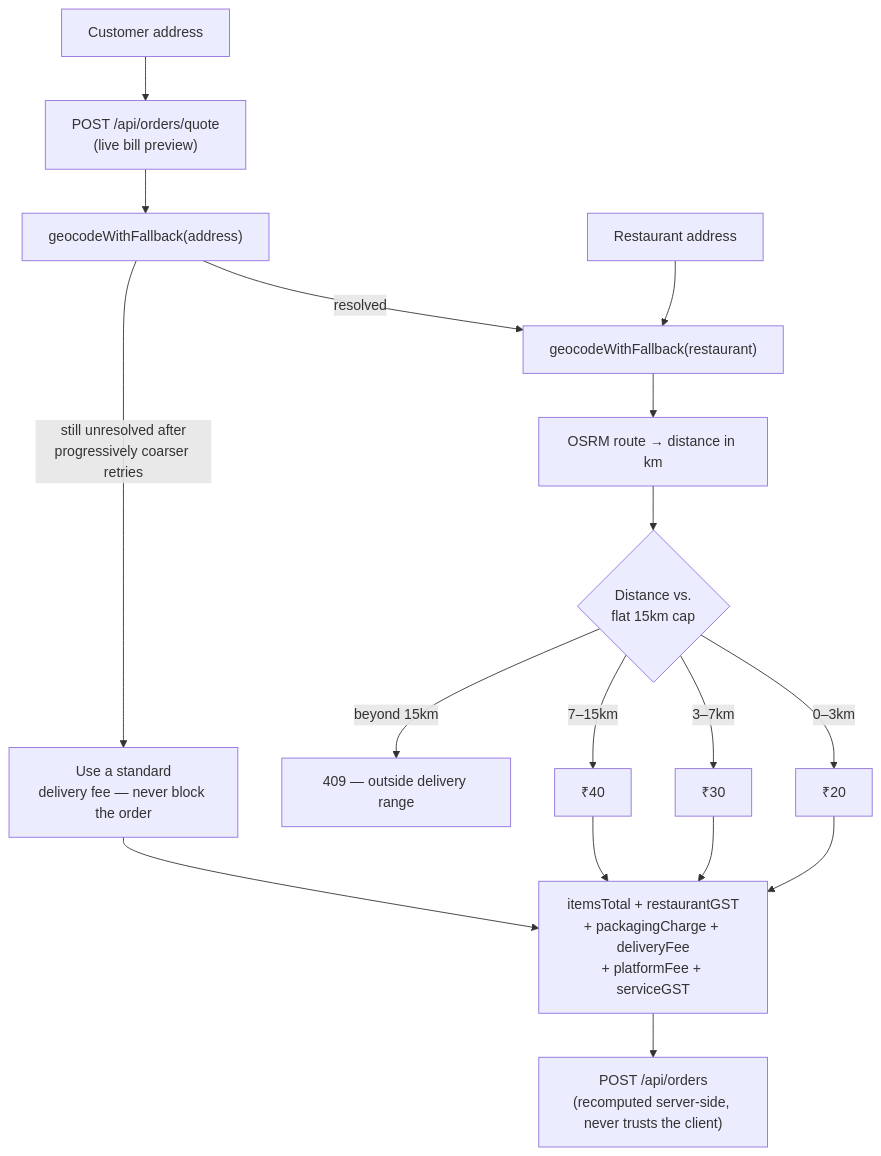
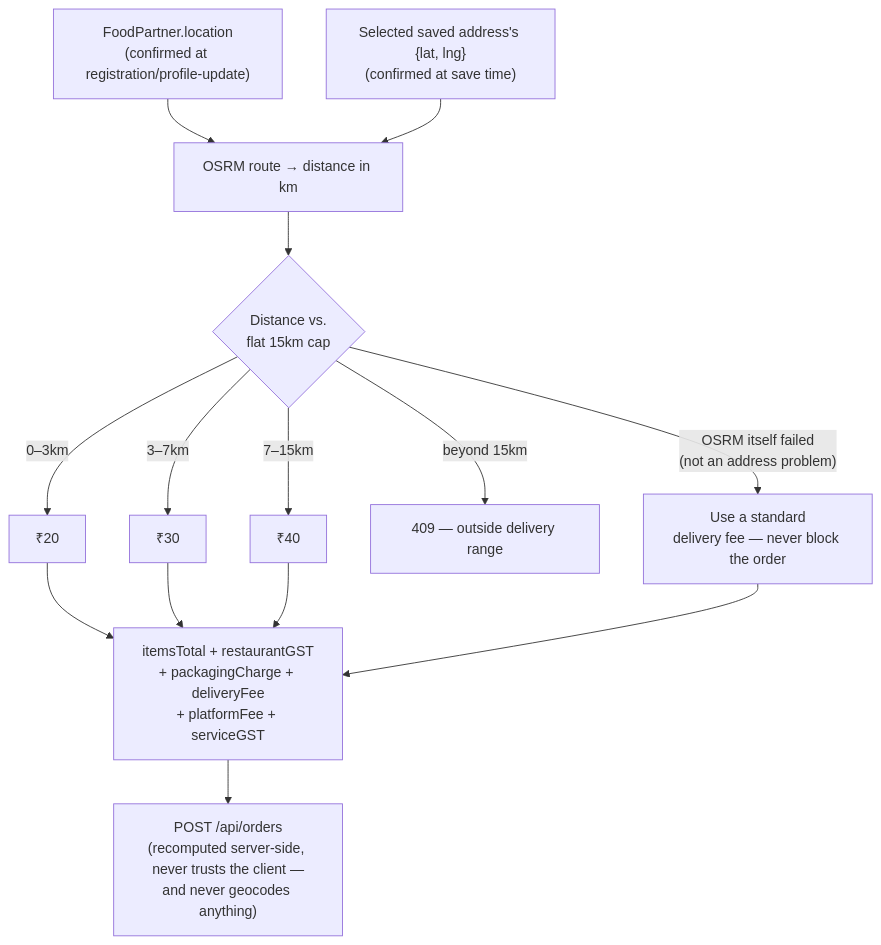
Before and after one commit to titoo9201/ZomaFeeds: the fifth of 6 diagrams in README.md, drawn with Mermaid. The commit also changed other lines of this file and 25 other files, not shown here.

````diff
--- a/README.md
+++ b/README.md
@@ -381,16 +399,13 @@
 ```mermaid
 flowchart TD
-    Address["Customer address"] --> Quote["POST /api/orders/quote<br/>(live bill preview)"]
-    Quote --> Geo1["geocodeWithFallback(address)"]
-    Geo1 -->|resolved| Geo2
-    Geo1 -->|still unresolved after<br/>progressively coarser retries| Default["Use a standard<br/>delivery fee — never block the order"]
-    RestAddr["Restaurant address"] --> Geo2["geocodeWithFallback(restaurant)"]
-    Geo2 --> Route["OSRM route → distance in km"]
+    Pickup["FoodPartner.location<br/>(confirmed at registration/profile-update)"] --> Route["OSRM route → distance in km"]
+    Drop["Selected saved address's {lat, lng}<br/>(confirmed at save time)"] --> Route
     Route --> Slab{"Distance vs.<br/>flat 15km cap"}
     Slab -->|"0–3km"| Fee20["₹20"]
     Slab -->|"3–7km"| Fee30["₹30"]
     Slab -->|"7–15km"| Fee40["₹40"]
     Slab -->|"beyond 15km"| Reject["409 — outside delivery range"]
+    Slab -->|"OSRM itself failed<br/>(not an address problem)"| Default["Use a standard<br/>delivery fee — never block the order"]
     Fee20 & Fee30 & Fee40 & Default --> Bill["itemsTotal + restaurantGST<br/>+ packagingCharge + deliveryFee<br/>+ platformFee + serviceGST"]
-    Bill --> PlaceOrder["POST /api/orders<br/>(recomputed server-side, never trusts the client)"]
+    Bill --> PlaceOrder["POST /api/orders<br/>(recomputed server-side, never trusts the client —<br/>and never geocodes anything)"]
 ```
````
